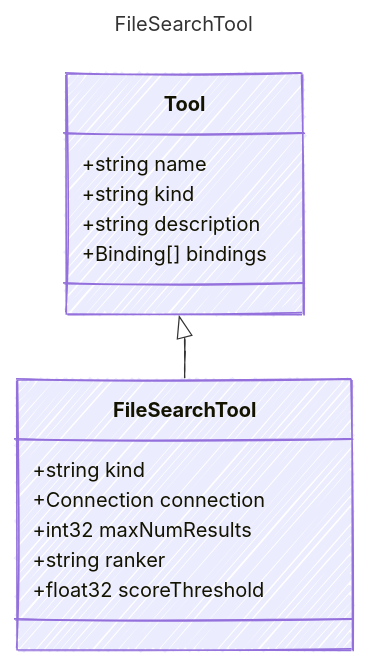
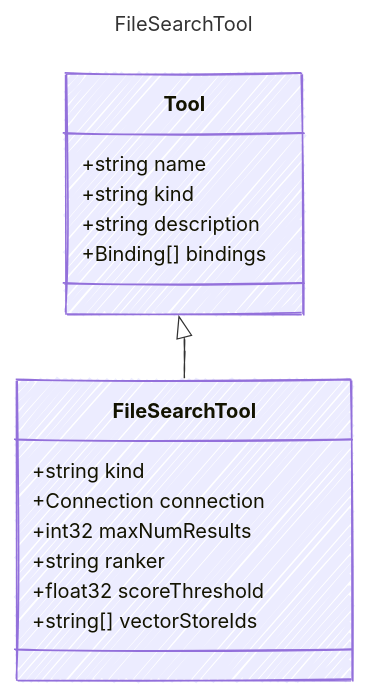
The diagram in specification/prompty/docs/FileSearchTool.md (microsoft/prompty), drawn with Mermaid before and after one commit. The commit also changed other lines of this file and 51 other files, not shown here.

````diff
--- a/specification/prompty/docs/FileSearchTool.md
+++ b/specification/prompty/docs/FileSearchTool.md
@@ -8,26 +8,27 @@
 ```mermaid
 ---
 title: FileSearchTool
 config:
   look: handDrawn
   theme: colorful
   class:
     hideEmptyMembersBox: true
 ---
 classDiagram
     class Tool {
         +string name
         +string kind
         +string description
         +Binding[] bindings
     }
     Tool <|-- FileSearchTool
     class FileSearchTool {
       
         +string kind
         +Connection connection
         +int32 maxNumResults
         +string ranker
         +float32 scoreThreshold
+        +string[] vectorStoreIds
     }
 ```
````
